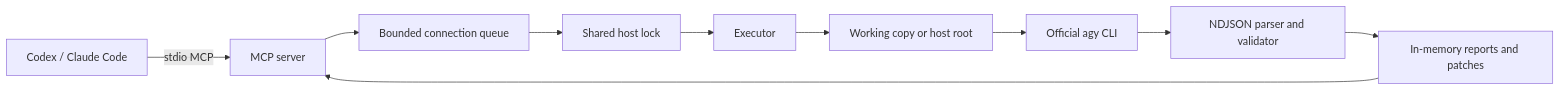
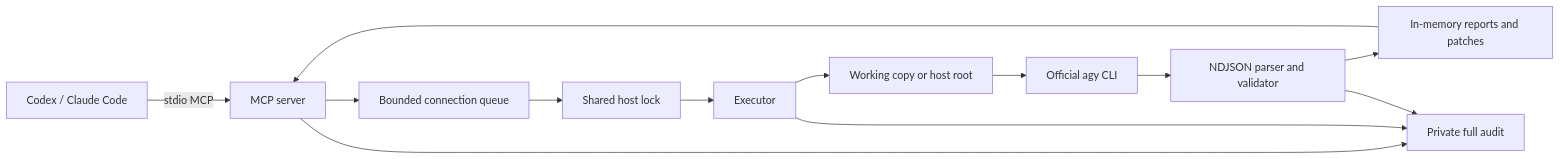
The second of 2 diagrams in docs/RPD.md (getio0909/antigravity-worker-mcp), drawn with Mermaid before and after one commit. The commit also changed other lines of this file and 26 other files, not shown here.

Commit message:
Retain full audit logs and preserve autonomous agent execution

````diff
--- a/docs/RPD.md
+++ b/docs/RPD.md
@@ -237,12 +246,15 @@
 ```mermaid
 flowchart LR
     C[Codex / Claude Code] -->|stdio MCP| M[MCP server]
     M --> Q[Bounded connection queue]
     Q --> L[Shared host lock]
     L --> E[Executor]
     E --> S[Working copy or host root]
     S --> A[Official agy CLI]
     A --> P[NDJSON parser and validator]
     P --> R[In-memory reports and patches]
     R --> M
+    M --> D[Private full audit]
+    E --> D
+    P --> D
 ```
````
